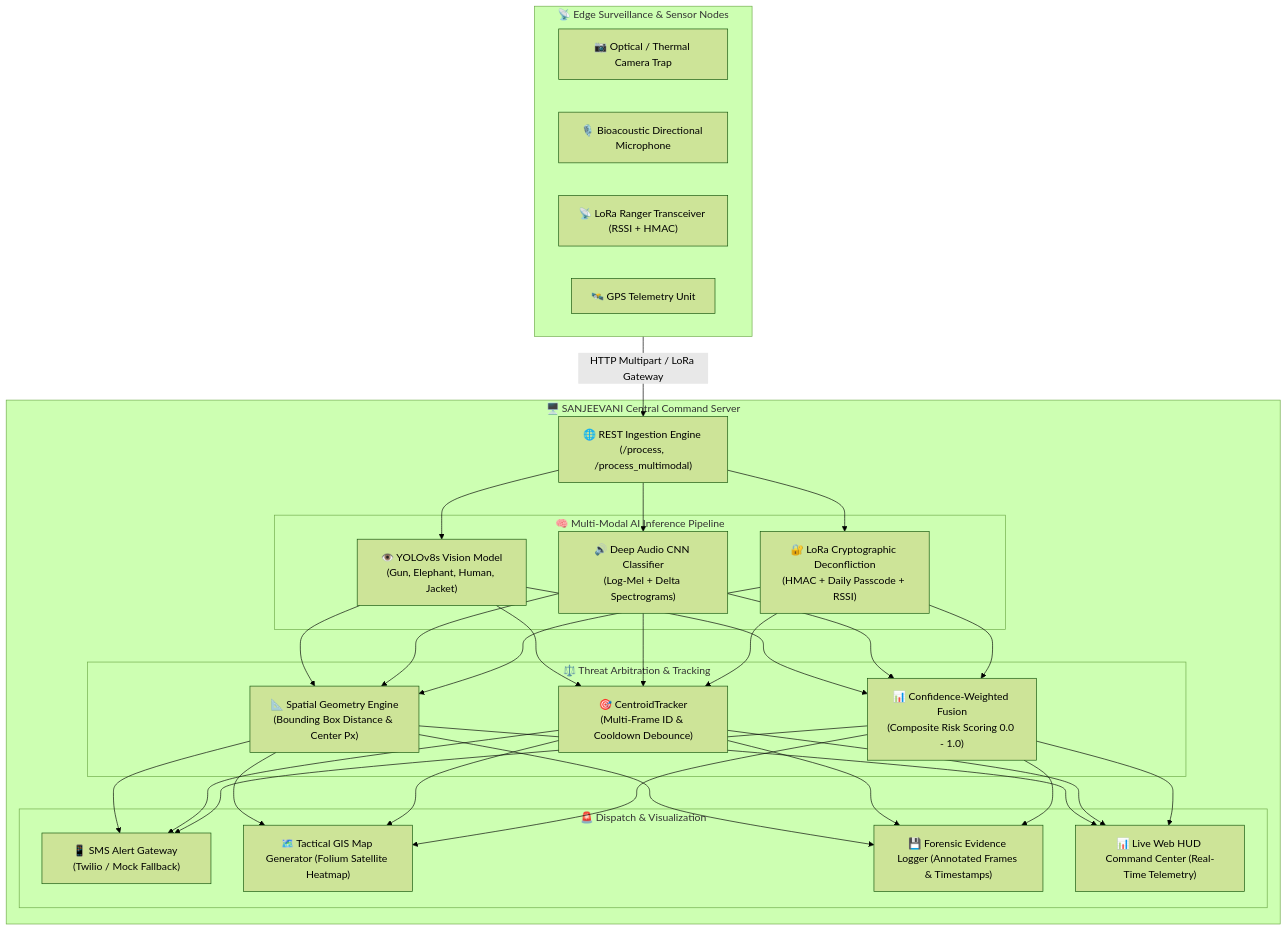
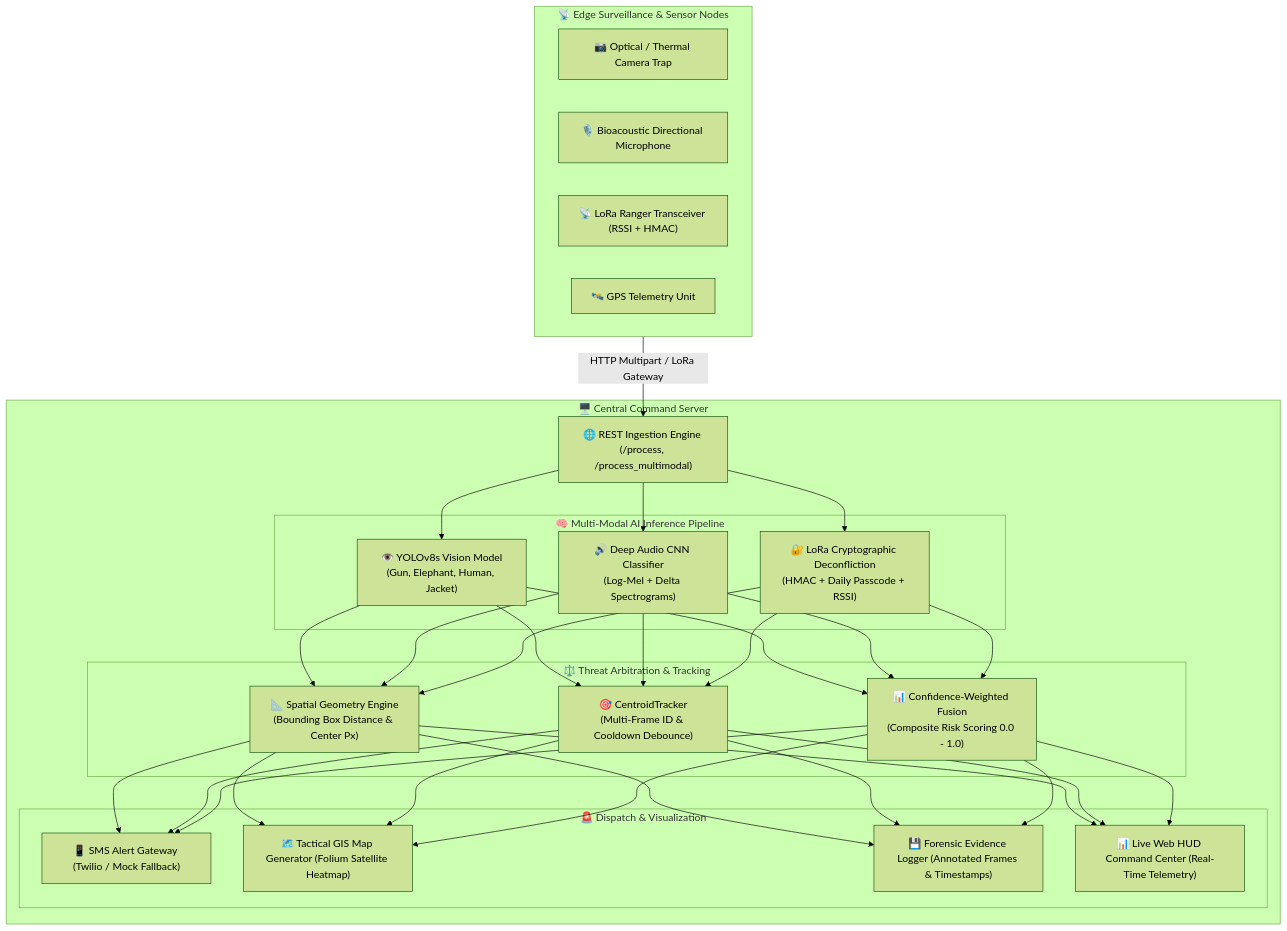
Before and after one commit to Katakam-Krupavathi/AI-Based-Real-Time-Wildlife-Poaching-Detection-System: the first of 3 diagrams in docs/ARCHITECTURE.md, drawn with Mermaid (forest theme). The commit also changed other lines of this file, not shown here.

Commit message:
docs: standardize architecture document titles and diagrams

````diff
--- a/docs/ARCHITECTURE.md
+++ b/docs/ARCHITECTURE.md
@@ -5,37 +5,37 @@
 ```mermaid
 flowchart TD
     subgraph EdgeSensors["📡 Edge Surveillance & Sensor Nodes"]
         A1["📷 Optical / Thermal Camera Trap"]
         A2["🎙️ Bioacoustic Directional Microphone"]
         A3["📡 LoRa Ranger Transceiver (RSSI + HMAC)"]
         A4["🛰️ GPS Telemetry Unit"]
     end
 
-    subgraph CentralServer["🖥️ SANJEEVANI Central Command Server"]
+    subgraph CentralServer["🖥️ Central Command Server"]
         B1["🌐 REST Ingestion Engine (/process, /process_multimodal)"]
         
         subgraph AIInference["🧠 Multi-Modal AI Inference Pipeline"]
             C1["👁️ YOLOv8s Vision Model<br/>(Gun, Elephant, Human, Jacket)"]
             C2["🔊 Deep Audio CNN Classifier<br/>(Log-Mel + Delta Spectrograms)"]
             C3["🔐 LoRa Cryptographic Deconfliction<br/>(HMAC + Daily Passcode + RSSI)"]
         end
         
         subgraph ThreatEngine["⚖️ Threat Arbitration & Tracking"]
             D1["📐 Spatial Geometry Engine<br/>(Bounding Box Distance & Center Px)"]
             D2["🎯 CentroidTracker<br/>(Multi-Frame ID & Cooldown Debounce)"]
             D3["📊 Confidence-Weighted Fusion<br/>(Composite Risk Scoring 0.0 - 1.0)"]
         end
         
         subgraph AlertDispatch["🚨 Dispatch & Visualization"]
             E1["📱 SMS Alert Gateway (Twilio / Mock Fallback)"]
             E2["🗺️ Tactical GIS Map Generator (Folium Satellite Heatmap)"]
             E3["💾 Forensic Evidence Logger (Annotated Frames & Timestamps)"]
             E4["📊 Live Web HUD Command Center (Real-Time Telemetry)"]
         end
     end
 
     EdgeSensors -->|HTTP Multipart / LoRa Gateway| B1
     B1 --> C1 & C2 & C3
     C1 & C2 & C3 --> D1 & D2 & D3
     D1 & D2 & D3 --> E1 & E2 & E3 & E4
 ```
````
